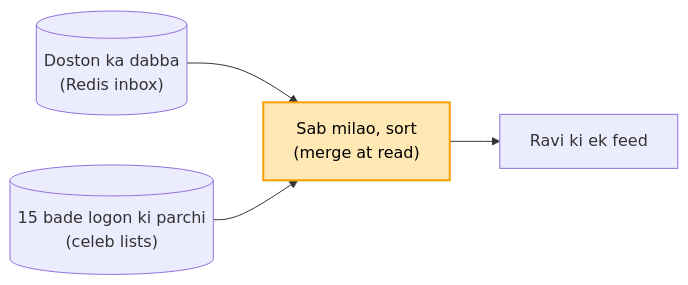
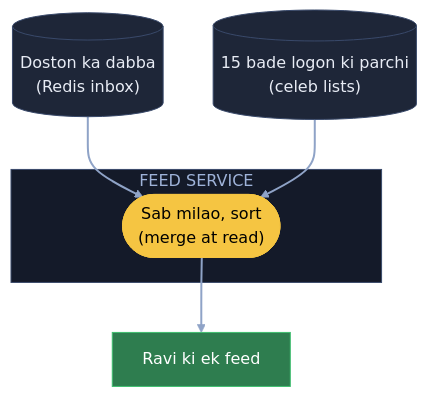
Before and after one commit to ArpanMaheshwari144/Prep: the third of 15 diagrams in 04_HLD/SYSTEM_DESIGNS/03_twitter_feed/03_twitter_feed.md, drawn with Mermaid. The commit also changed other lines of this file, not shown here.

Commit message:
Twitter: 15 diagram YouTube (reel) wale card andaaz me

````diff
--- a/04_HLD/SYSTEM_DESIGNS/03_twitter_feed/03_twitter_feed.md
+++ b/04_HLD/SYSTEM_DESIGNS/03_twitter_feed/03_twitter_feed.md
@@ -76,7 +102,18 @@
 ```mermaid
-flowchart LR
-    IN[("Doston ka dabba<br/>(Redis inbox)")] --> M["Sab milao, sort<br/>(merge at read)"]
-    P[("15 bade logon ki parchi<br/>(celeb lists)")] --> M
-    M --> R["Ravi ki ek feed"]
-    style M fill:#ffe8b3,stroke:#f59f00,stroke-width:2px,color:#000
+flowchart TB
+    IN[("Doston ka dabba<br/>(Redis inbox)")]:::card
+    P[("15 bade logon ki parchi<br/>(celeb lists)")]:::card
+    subgraph FS["FEED SERVICE"]
+        M(["Sab milao, sort<br/>(merge at read)"]):::pill
+    end
+    R["Ravi ki ek feed"]:::good
+    IN --> M
+    P --> M
+    M --> R
+    linkStyle default stroke:#8fa3c7,stroke-width:2px
+    classDef card fill:#1e2638,stroke:#3a4a6b,color:#e8ecf5
+    classDef pill fill:#f5c542,stroke:#f5c542,color:#000
+    classDef good fill:#2e7d4f,stroke:#3fbf6f,color:#fff
+    classDef bad fill:#5c1f24,stroke:#e05561,color:#fff
+    style FS fill:#141a29,stroke:#3a4a6b,color:#9fb3d9
 ```
````
